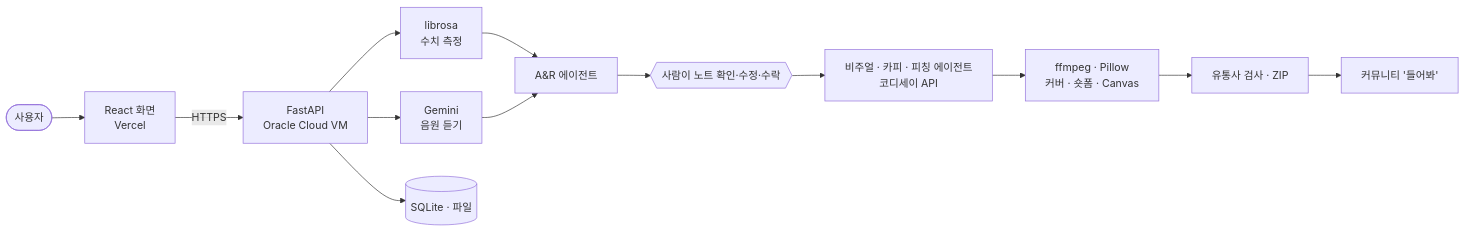
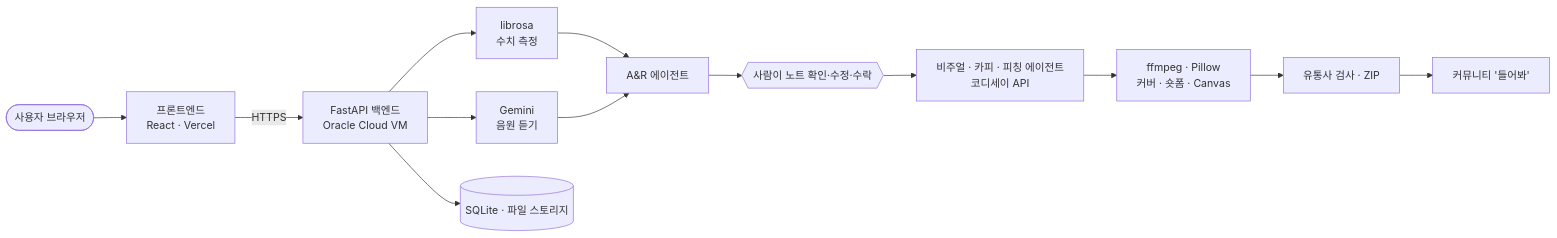
One commit to davidchoi0507/Codyssey_M2-1 changed the diagram in docs/제출/05_README_백엔드부분.md. Above: the diagram before and after it, drawn with Mermaid. The commit also changed other lines of this file and 4 other files, not shown here.

````diff
--- a/docs/제출/05_README_백엔드부분.md
+++ b/docs/제출/05_README_백엔드부분.md
@@ -24,15 +28,15 @@
 ```mermaid
 flowchart LR
-    U([사용자]) --> FE[React 화면<br/>Vercel]
-    FE -->|HTTPS| API[FastAPI<br/>Oracle Cloud VM]
+    U([사용자 브라우저]) --> FE[프론트엔드<br/>React · Vercel]
+    FE -->|HTTPS| API[FastAPI 백엔드<br/>Oracle Cloud VM]
     API --> L[librosa<br/>수치 측정]
     API --> G[Gemini<br/>음원 듣기]
     L --> AR[A&R 에이전트]
     G --> AR
     AR --> H{{사람이 노트 확인·수정·수락}}
     H --> AG[비주얼 · 카피 · 피칭 에이전트<br/>코디세이 API]
     AG --> M[ffmpeg · Pillow<br/>커버 · 숏폼 · Canvas]
     M --> R[유통사 검사 · ZIP]
     R --> C[커뮤니티 '들어봐']
-    API --> DB[(SQLite · 파일)]
+    API --> DB[(SQLite · 파일 스토리지)]
 ```
````
